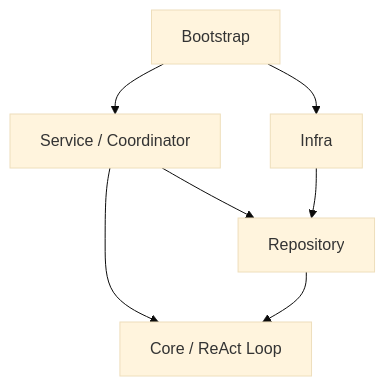
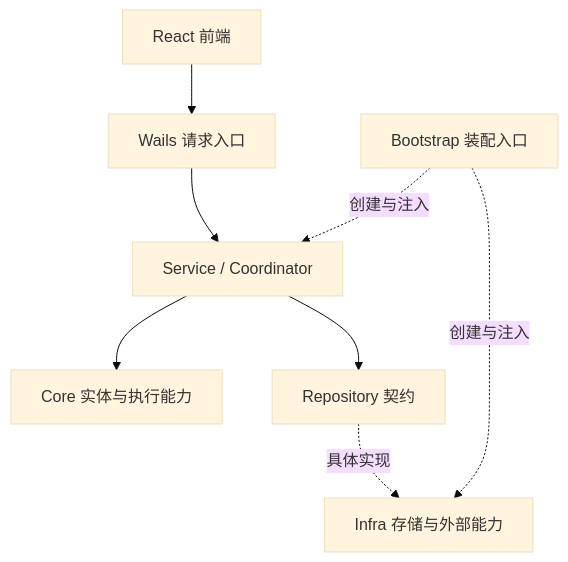
Before and after one commit to architectcgz/Praxis: the diagram in .architecture/architecture.md, drawn with Mermaid (base theme). The commit also changed other lines of this file and 38 other files, not shown here.

````diff
--- a/.architecture/architecture.md
+++ b/.architecture/architecture.md
@@ -48,9 +45,10 @@
 ```mermaid
 flowchart TD
-    Boot["Bootstrap"] --> Services["Service / Coordinator"]
-    Boot --> Infra["Infra"]
-    Services --> Core["Core / ReAct Loop"]
-    Services --> Repo["Repository"]
-    Infra --> Repo
-    Repo --> Core
+    UI[React 前端] --> Wails[Wails 请求入口]
+    Wails --> Service[Service / Coordinator]
+    Service --> Core[Core 实体与执行能力]
+    Service --> Repository[Repository 契约]
+    Repository -.具体实现.-> Infra[Infra 存储与外部能力]
+    Bootstrap[Bootstrap 装配入口] -.创建与注入.-> Service
+    Bootstrap -.创建与注入.-> Infra
 ```
````
